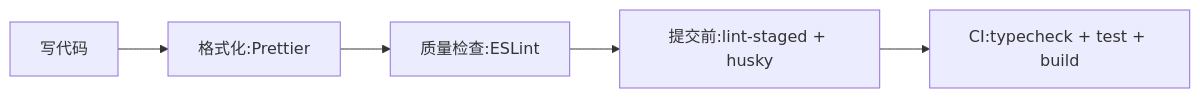
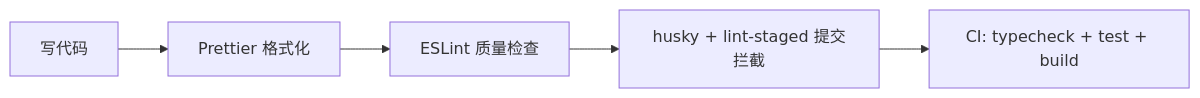
Before and after one commit to inspire-man/frontend-knowledge-base: the diagram in frontend-knowledge-base/卷十-性能优化与工程质量/10.8-代码规范与工程质量.md, drawn with Mermaid. The commit also changed other lines of this file and 7 other files, not shown here.

````diff
--- a/frontend-knowledge-base/卷十-性能优化与工程质量/10.8-代码规范与工程质量.md
+++ b/frontend-knowledge-base/卷十-性能优化与工程质量/10.8-代码规范与工程质量.md
@@ -10,7 +16,7 @@
 ```mermaid
 flowchart LR
-    A[写代码] --> B[格式化:Prettier]
-    B --> C[质量检查:ESLint]
-    C --> D[提交前:lint-staged + husky]
-    D --> E[CI:typecheck + test + build]
+    A[写代码] --> B[Prettier 格式化]
+    B --> C[ESLint 质量检查]
+    C --> D[husky + lint-staged 提交拦截]
+    D --> E[CI: typecheck + test + build]
 ```
````
